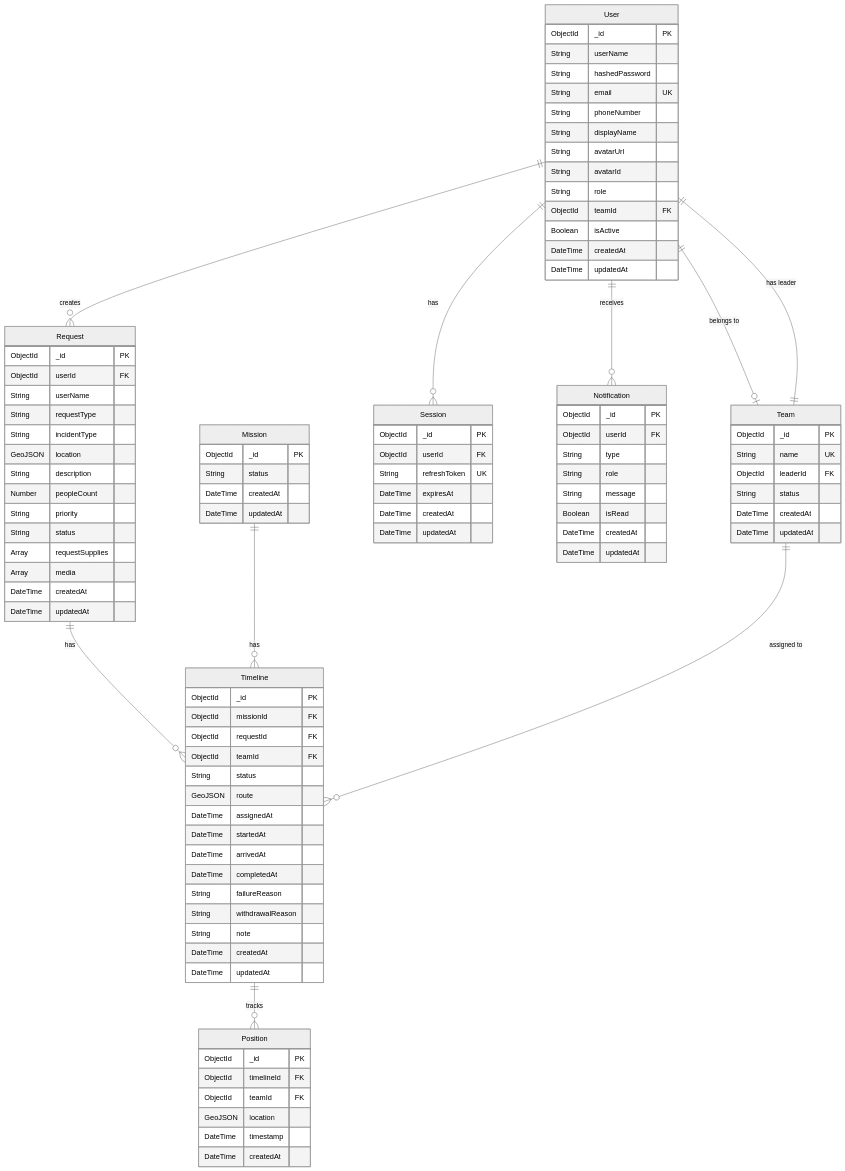
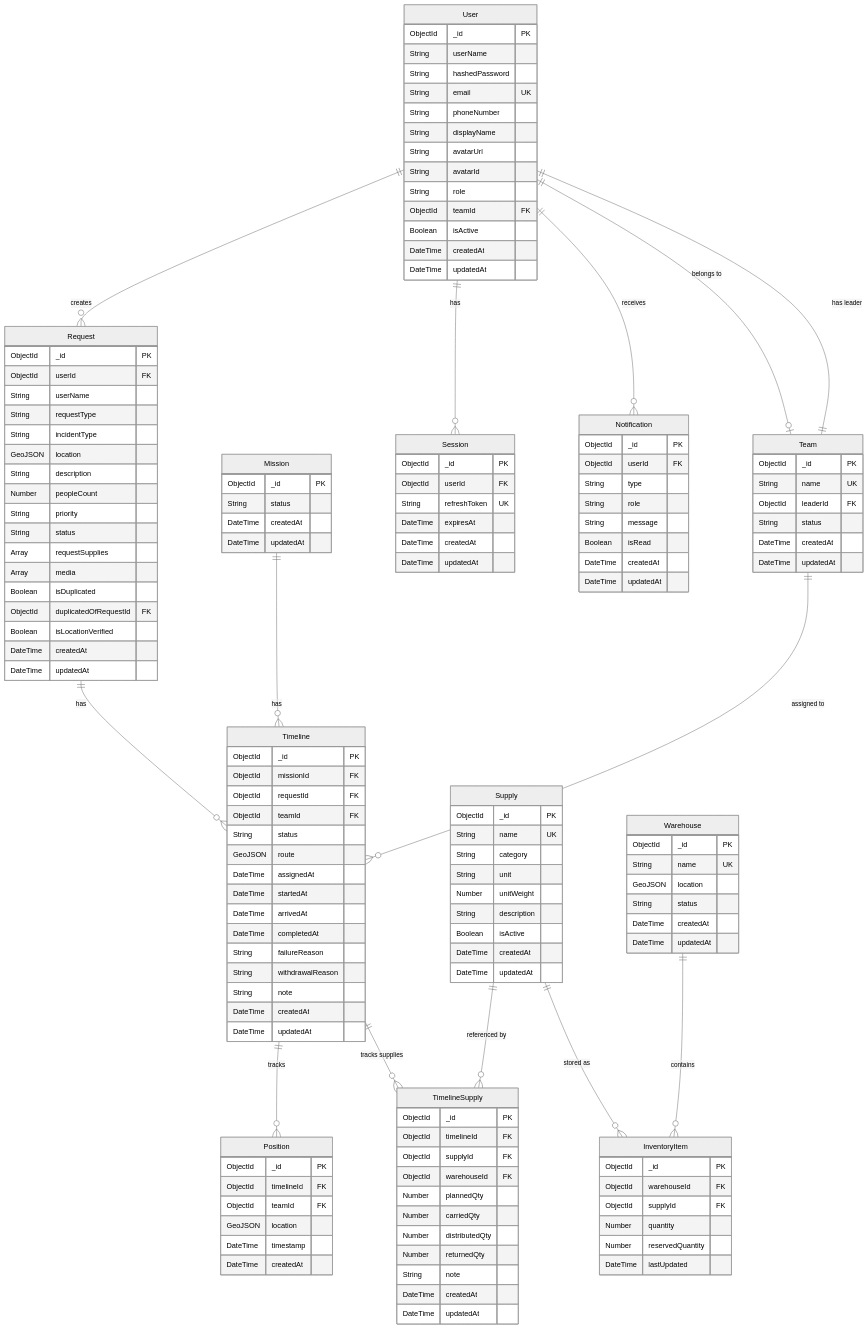
One commit to phuonganh1609/flood_rescue changed the diagram in docs/ERD.md. Above: the diagram before and after it, drawn with Mermaid (neutral theme). The commit also changed other lines of this file and 5 other files, not shown here.

```diff
--- a/docs/ERD.md
+++ b/docs/ERD.md
@@ -18,6 +18,11 @@
     Mission ||--o{ Timeline : "has"
     Team ||--o{ Timeline : "assigned to"
     Timeline ||--o{ Position : "tracks"
+    Timeline ||--o{ TimelineSupply : "tracks supplies"
+
+    Supply ||--o{ InventoryItem : "stored as"
+    Supply ||--o{ TimelineSupply : "referenced by"
+    Warehouse ||--o{ InventoryItem : "contains"
 
     User {
         ObjectId _id PK
@@ -57,6 +62,9 @@
         String status
         Array requestSupplies
         Array media
+        Boolean isDuplicated
+        ObjectId duplicatedOfRequestId FK
+        Boolean isLocationVerified
         DateTime createdAt
         DateTime updatedAt
     }
@@ -95,6 +103,50 @@
         DateTime createdAt
     }
 
+    Supply {
+        ObjectId _id PK
+        String name UK
+        String category
+        String unit
+        Number unitWeight
+        String description
+        Boolean isActive
+        DateTime createdAt
+        DateTime updatedAt
+    }
+
+    Warehouse {
+        ObjectId _id PK
+        String name UK
+        GeoJSON location
+        String status
+        DateTime createdAt
+        DateTime updatedAt
+    }
+
+    InventoryItem {
+        ObjectId _id PK
+        ObjectId warehouseId FK
+        ObjectId supplyId FK
+        Number quantity
+        Number reservedQuantity
+        DateTime lastUpdated
+    }
+
+    TimelineSupply {
+        ObjectId _id PK
+        ObjectId timelineId FK
+        ObjectId supplyId FK
+        ObjectId warehouseId FK
+        Number plannedQty
+        Number carriedQty
+        Number distributedQty
+        Number returnedQty
+        String note
+        DateTime createdAt
+        DateTime updatedAt
+    }
+
     Session {
         ObjectId _id PK
         ObjectId userId FK
```
